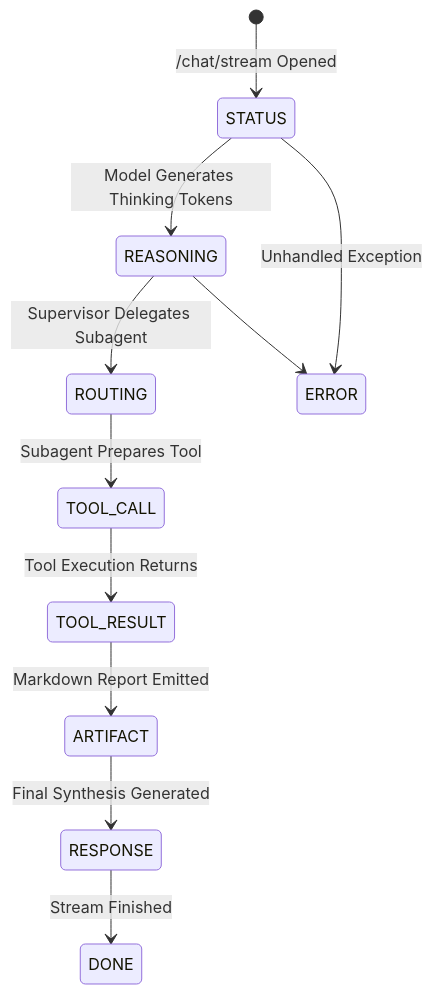
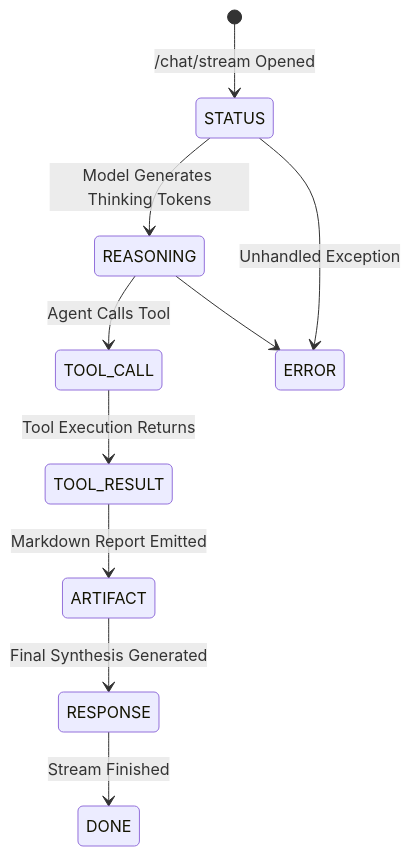
The fourth of 4 diagrams in architecture_and_skills.md (Anshu666666/deepTrade), drawn with Mermaid before and after one commit. The commit also changed other lines of this file and 2 other files, not shown here.

Commit message:
docs: clarify single DeepAgent architecture with progressive skills and unified tools

````diff
--- a/architecture_and_skills.md
+++ b/architecture_and_skills.md
@@ -232,13 +216,12 @@
 ```mermaid
 stateDiagram-v2
     [*] --> STATUS: /chat/stream Opened
     STATUS --> REASONING: Model Generates Thinking Tokens
-    REASONING --> ROUTING: Supervisor Delegates Subagent
-    ROUTING --> TOOL_CALL: Subagent Prepares Tool
+    REASONING --> TOOL_CALL: Agent Calls Tool
     TOOL_CALL --> TOOL_RESULT: Tool Execution Returns
     TOOL_RESULT --> ARTIFACT: Markdown Report Emitted
     ARTIFACT --> RESPONSE: Final Synthesis Generated
     RESPONSE --> DONE: Stream Finished
     STATUS --> ERROR: Unhandled Exception
     REASONING --> ERROR
 ```
````
